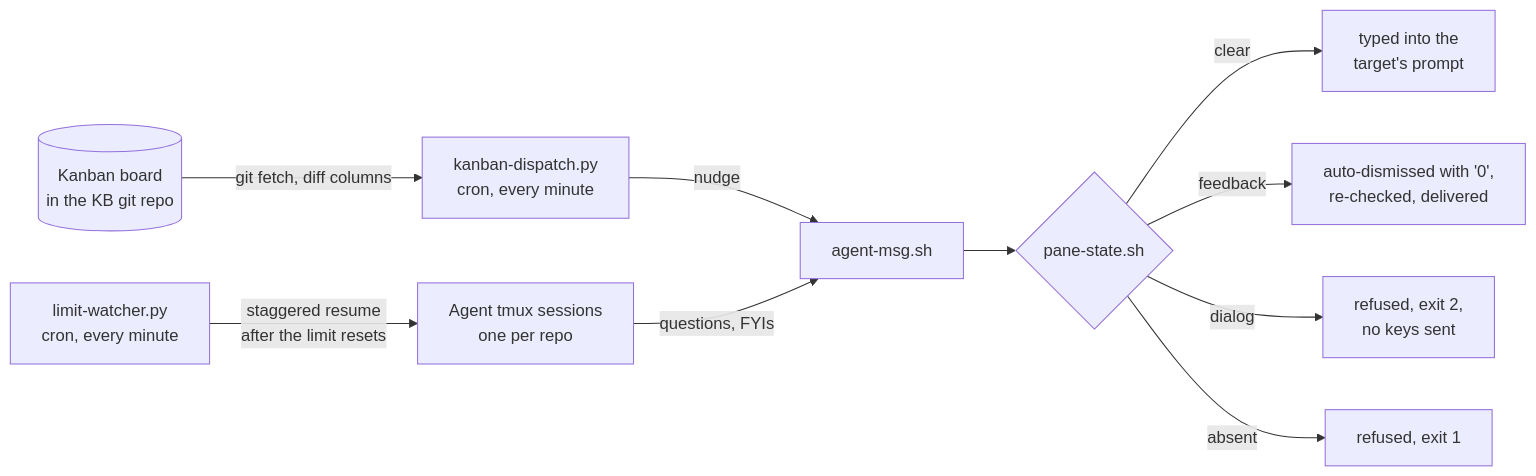
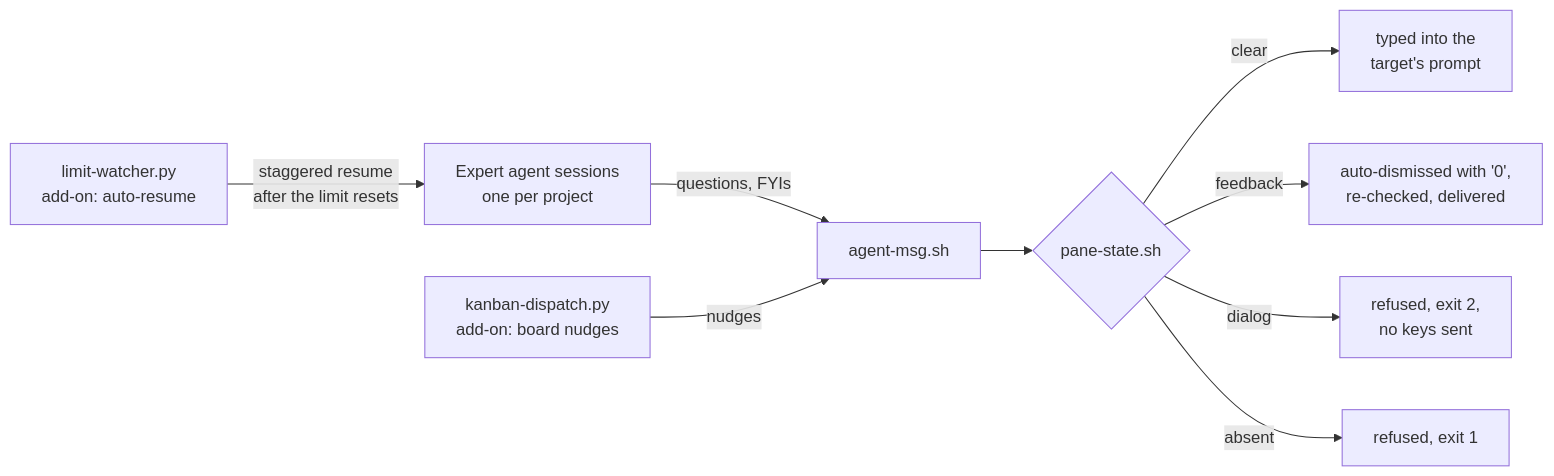
The diagram in README.md (luca-bettermann/multi-agent-infra), drawn with Mermaid before and after one commit. The commit also changed other lines of this file and 2 other files, not shown here.

Commit message:
Reframe README around the messaging core; agents own projects not single repos; drop wiki mount tooling

````diff
--- a/README.md
+++ b/README.md
@@ -9,12 +11,11 @@
 ```mermaid
 flowchart LR
-    board[(Kanban board<br>in the KB git repo)] -->|git fetch, diff columns| dispatcher[kanban-dispatch.py<br>cron, every minute]
-    dispatcher -->|nudge| msg[agent-msg.sh]
-    agents[Agent tmux sessions<br>one per repo] -->|questions, FYIs| msg
+    agents[Expert agent sessions<br>one per project] -->|questions, FYIs| msg[agent-msg.sh]
+    dispatcher[kanban-dispatch.py<br>add-on: board nudges] -->|nudges| msg
     msg --> pane{pane-state.sh}
     pane -->|clear| deliver[typed into the<br>target's prompt]
     pane -->|feedback| dismiss[auto-dismissed with '0',<br>re-checked, delivered]
     pane -->|dialog| refuse[refused, exit 2,<br>no keys sent]
     pane -->|absent| fail[refused, exit 1]
-    watcher[limit-watcher.py<br>cron, every minute] -->|staggered resume<br>after the limit resets| agents
+    watcher[limit-watcher.py<br>add-on: auto-resume] -->|staggered resume<br>after the limit resets| agents
 ```
````
